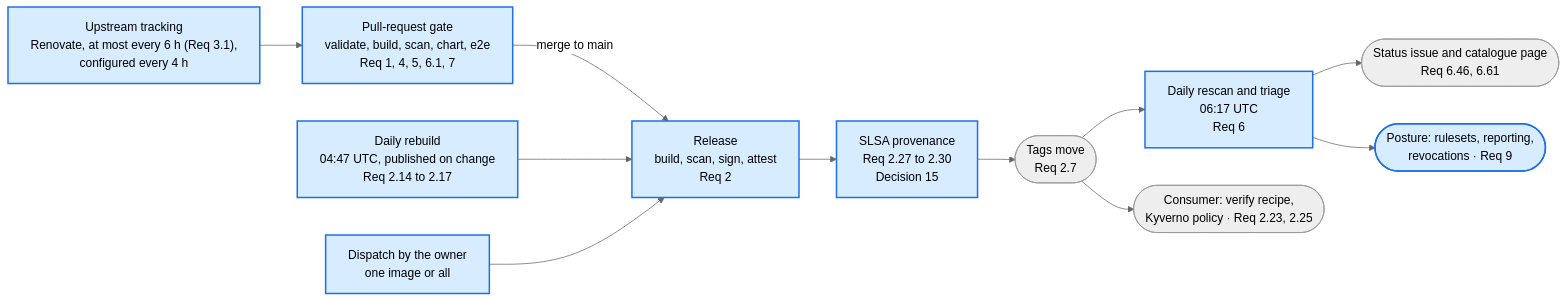
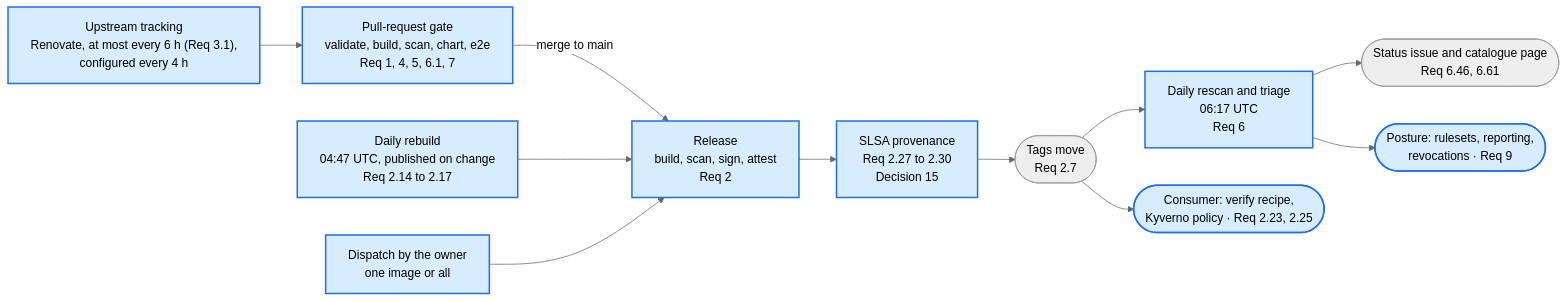
One commit to mm-weber/dhc-pipeline changed the first of 29 diagrams in docs/lanes.md. Above: the diagram before and after it, drawn with Mermaid (neutral theme). The commit also changed other lines of this file, not shown here.

First line of the commit message:
docs: the consumer lane drawn (plan 5.1; task 19.6)

````diff
--- a/docs/lanes.md
+++ b/docs/lanes.md
@@ -9,16 +9,16 @@
 ```mermaid
 %%{init: {"flowchart": {"wrappingWidth": 340}}}%%
 flowchart LR
     U["Upstream tracking<br/>Renovate, at most every 6 h (Req 3.1),<br/>configured every 4 h"] --> G["Pull-request gate<br/>validate, build, scan, chart, e2e<br/>Req 1, 4, 5, 6.1, 7"]
     G -->|merge to main| R["Release<br/>build, scan, sign, attest<br/>Req 2"]
     S["Daily rebuild<br/>04:47 UTC, published on change<br/>Req 2.14 to 2.17"] --> R
     DSP["Dispatch by the owner<br/>one image or all"] --> R
     R --> P["SLSA provenance<br/>Req 2.27 to 2.30<br/>Decision 15"]
     P --> T(["Tags move<br/>Req 2.7"])
     T --> D["Daily rescan and triage<br/>06:17 UTC<br/>Req 6"]
     D --> ST(["Status issue and catalogue page<br/>Req 6.46, 6.61"])
     D --> GOV(["Posture: rulesets, reporting,<br/>revocations · Req 9"])
     T --> C(["Consumer: verify recipe,<br/>Kyverno policy · Req 2.23, 2.25"])
     classDef drawn fill:#d7ecff,stroke:#1f6feb,stroke-width:2px
-    class U,G,R,S,DSP,P,D,GOV drawn
+    class U,G,R,S,DSP,P,D,GOV,C drawn
 ```
````
